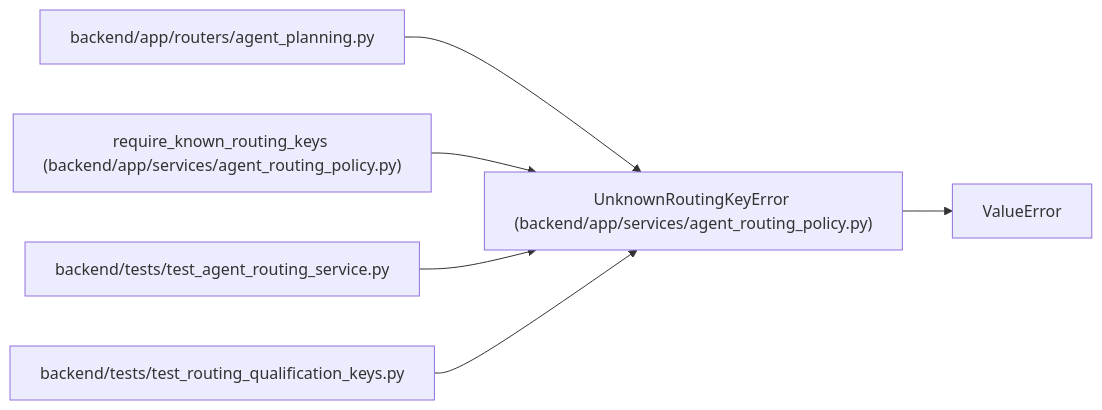
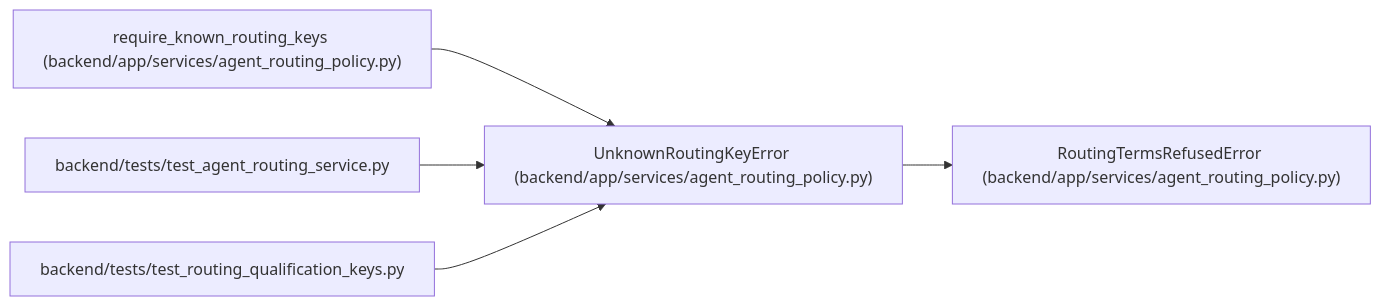
The diagram in docs/llm_wiki/entities/UnknownRoutingKeyError.md (Denissvgn/WorkChord), drawn with Mermaid before and after one commit. The commit also changed other lines of this file and 836 other files, not shown here.

Commit message:
Sync the architectural wiki for the calibration contract

````diff
--- a/docs/llm_wiki/entities/UnknownRoutingKeyError.md
+++ b/docs/llm_wiki/entities/UnknownRoutingKeyError.md
@@ -25,19 +25,17 @@
 ```mermaid
 flowchart LR
     n0["UnknownRoutingKeyError (backend/app/services/agent_routing_policy.py)"]
-    n1["ValueError"]
-    n2["backend/app/routers/agent_planning.py"]
-    n3["require_known_routing_keys (backend/app/services/agent_routing_policy.py)"]
-    n4["backend/tests/test_agent_routing_service.py"]
-    n5["backend/tests/test_routing_qualification_keys.py"]
+    n1["RoutingTermsRefusedError (backend/app/services/agent_routing_policy.py)"]
+    n2["require_known_routing_keys (backend/app/services/agent_routing_policy.py)"]
+    n3["backend/tests/test_agent_routing_service.py"]
+    n4["backend/tests/test_routing_qualification_keys.py"]
     n0 --> n1
     n2 --> n0
     n3 --> n0
     n4 --> n0
-    n5 --> n0
     click n0 "../modules/agent_routing_policy.md"
-    click n2 "../modules/routers_agent_planning.md"
-    click n3 "../modules/agent_routing_policy.md"
-    click n4 "../modules/test_agent_routing_service.md"
-    click n5 "../modules/test_routing_qualification_keys.md"
+    click n1 "../modules/agent_routing_policy.md"
+    click n2 "../modules/agent_routing_policy.md"
+    click n3 "../modules/test_agent_routing_service.md"
+    click n4 "../modules/test_routing_qualification_keys.md"
 ```
````
